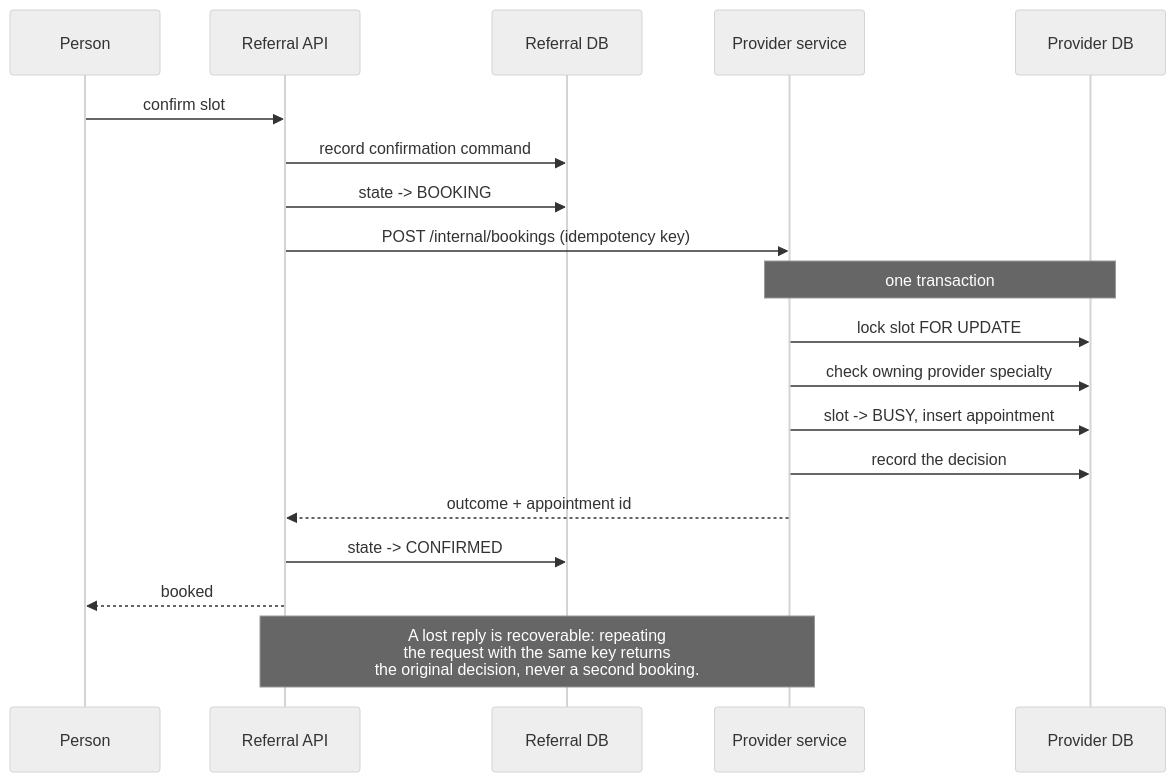
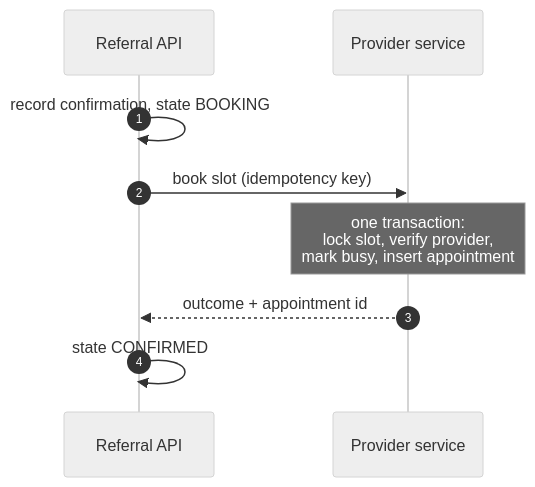
The seventh of 7 diagrams in README.md (rohanshinde24/CareRoute), drawn with Mermaid (neutral theme) before and after one commit. The commit also changed other lines of this file and 1 other file, not shown here.

First line of the commit message:
README: size every diagram for GitHub's fixed 180px mermaid frame

````diff
--- a/README.md
+++ b/README.md
@@ -231,25 +179,11 @@
 ```mermaid
 sequenceDiagram
-    participant U as Person
+    autonumber
     participant R as Referral API
-    participant RD as Referral DB
     participant P as Provider service
-    participant PD as Provider DB
-
-    U->>R: confirm slot
-    R->>RD: record confirmation command
-    R->>RD: state -> BOOKING
-
-    R->>P: POST /internal/bookings (idempotency key)
-    Note over P,PD: one transaction
-    P->>PD: lock slot FOR UPDATE
-    P->>PD: check owning provider specialty
-    P->>PD: slot -> BUSY, insert appointment
-    P->>PD: record the decision
+    R->>R: record confirmation, state BOOKING
+    R->>P: book slot (idempotency key)
+    Note over P: one transaction:<br/>lock slot, verify provider,<br/>mark busy, insert appointment
     P-->>R: outcome + appointment id
-
-    R->>RD: state -> CONFIRMED
-    R-->>U: booked
-
-    Note over R,P: A lost reply is recoverable: repeating<br/>the request with the same key returns<br/>the original decision, never a second booking.
+    R->>R: state CONFIRMED
 ```
````
